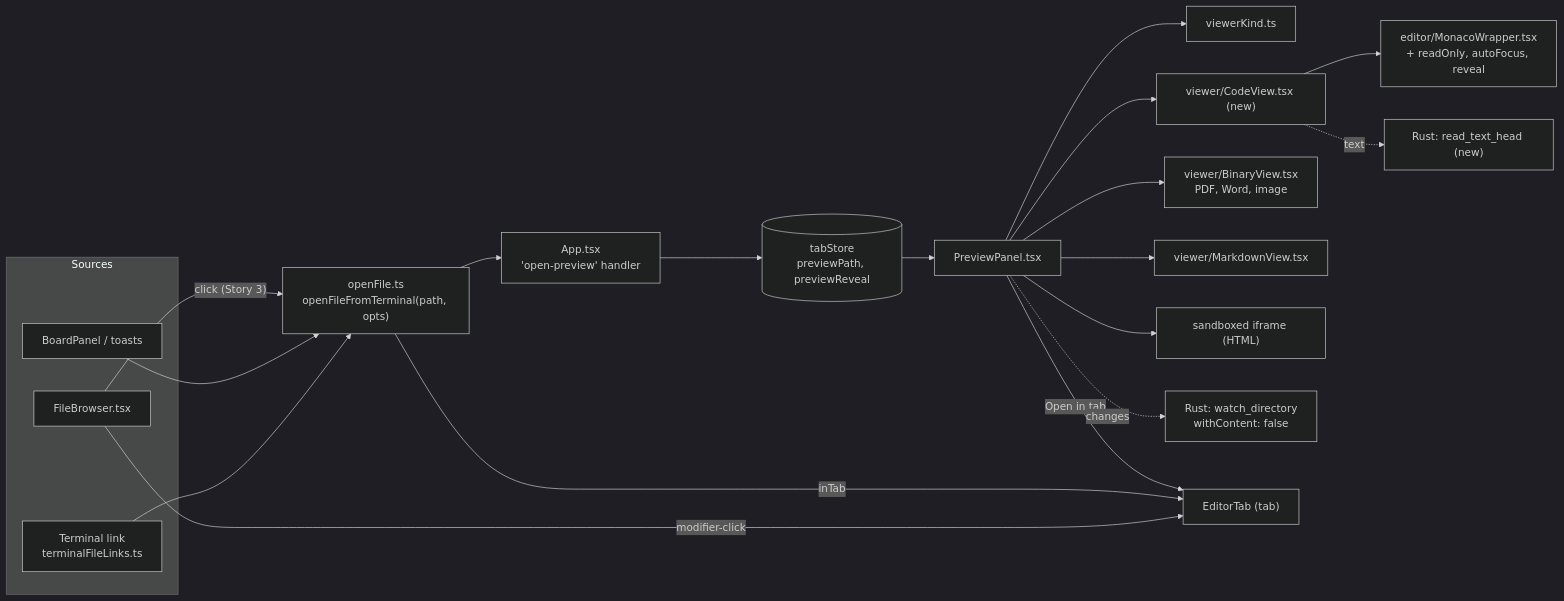
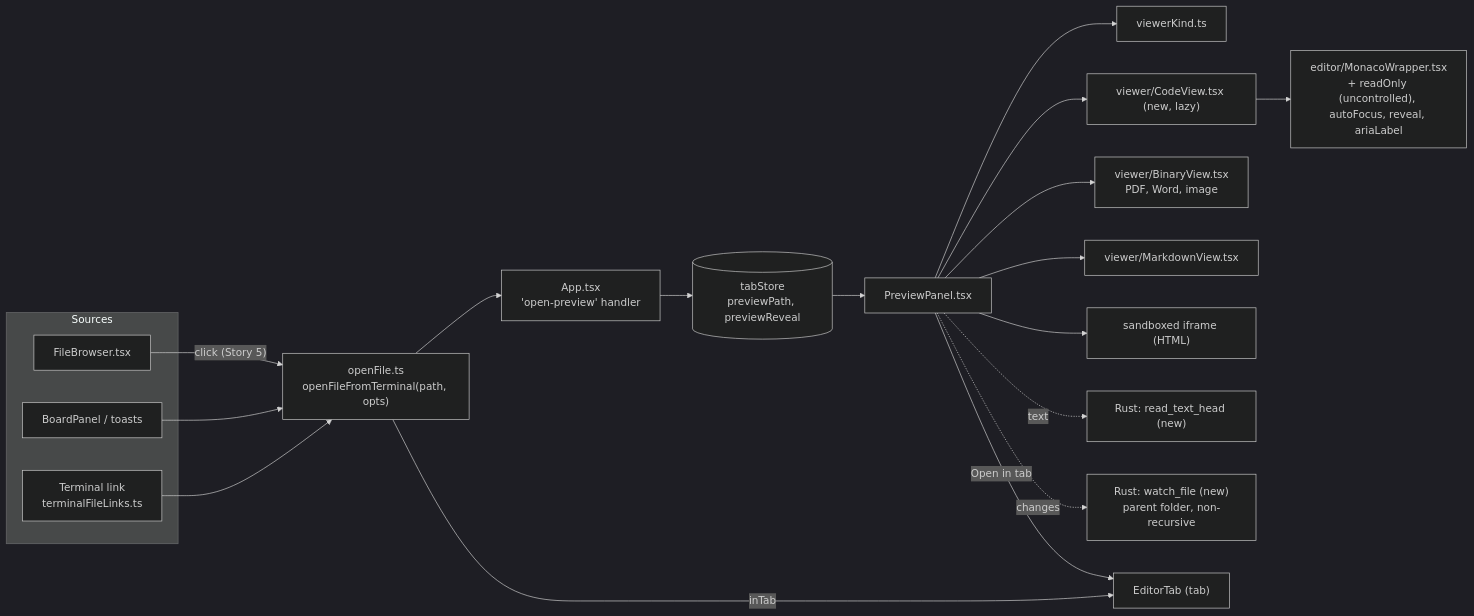
The first of 3 diagrams in _bmad-output/plan-code-viewer-panel.md (alvin-reyes/better-agentic-ide), drawn with Mermaid (dark theme) before and after one commit. The commit also changed other lines of this file and 2 other files, not shown here.

Commit message:
Code viewer plan: review fixes, six stories, ADR 0009 revised

````diff
--- a/_bmad-output/plan-code-viewer-panel.md
+++ b/_bmad-output/plan-code-viewer-panel.md
@@ -76,36 +84,35 @@
 ```mermaid
 flowchart LR
   subgraph Sources
     T["Terminal link<br/>terminalFileLinks.ts"]
     FB["FileBrowser.tsx"]
     BP["BoardPanel / toasts"]
   end
   OF["openFile.ts<br/>openFileFromTerminal(path, opts)"]
   APP["App.tsx<br/>'open-preview' handler"]
   TS[("tabStore<br/>previewPath, previewReveal")]
   PP["PreviewPanel.tsx"]
   VK["viewerKind.ts"]
-  CV["viewer/CodeView.tsx (new)"]
-  MW["editor/MonacoWrapper.tsx<br/>+ readOnly, autoFocus, reveal"]
+  CV["viewer/CodeView.tsx (new, lazy)"]
+  MW["editor/MonacoWrapper.tsx<br/>+ readOnly (uncontrolled), autoFocus, reveal, ariaLabel"]
   BV["viewer/BinaryView.tsx<br/>PDF, Word, image"]
   MV["viewer/MarkdownView.tsx"]
   IF["sandboxed iframe (HTML)"]
   RS["Rust: read_text_head (new)"]
-  W["Rust: watch_directory<br/>withContent: false"]
+  W["Rust: watch_file (new)<br/>parent folder, non-recursive"]
   ET["EditorTab (tab)"]
 
   T --> OF
   BP --> OF
-  FB -- "click (Story 3)" --> OF
-  FB -- "modifier-click" --> ET
+  FB -- "click (Story 5)" --> OF
   OF -- "inTab" --> ET
   OF --> APP --> TS --> PP
   PP --> VK
   PP --> CV --> MW
   PP --> BV
   PP --> MV
   PP --> IF
   PP -- "Open in tab" --> ET
-  CV -. text .-> RS
+  PP -. text .-> RS
   PP -. changes .-> W
 ```
````
